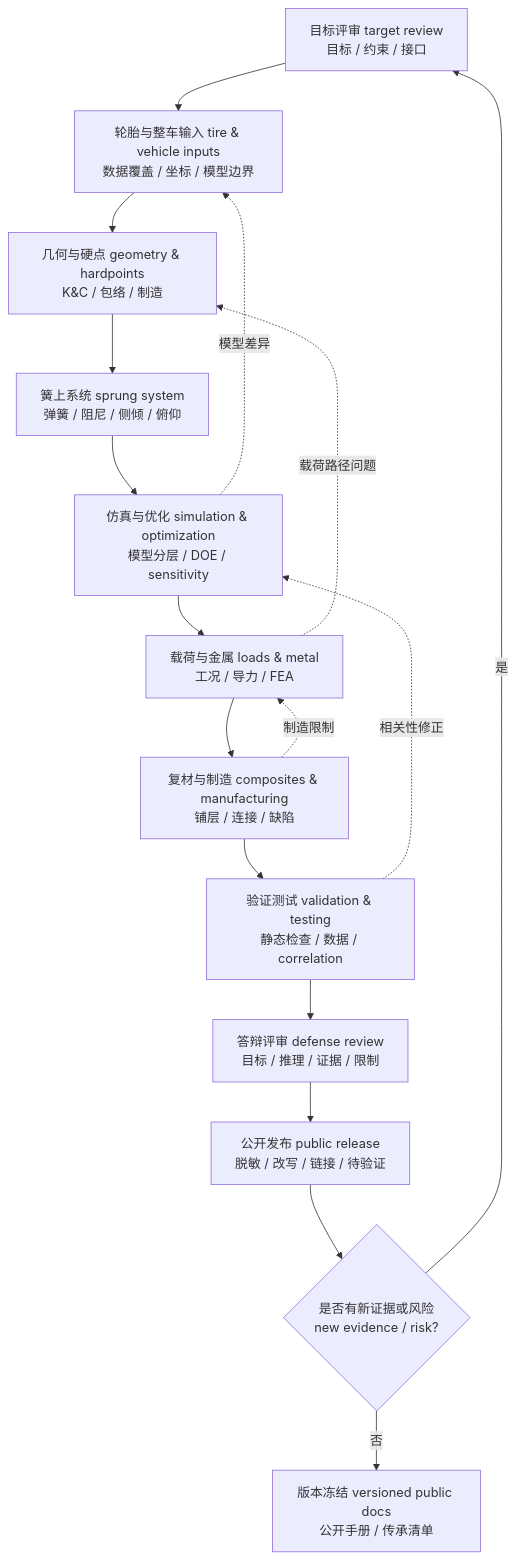
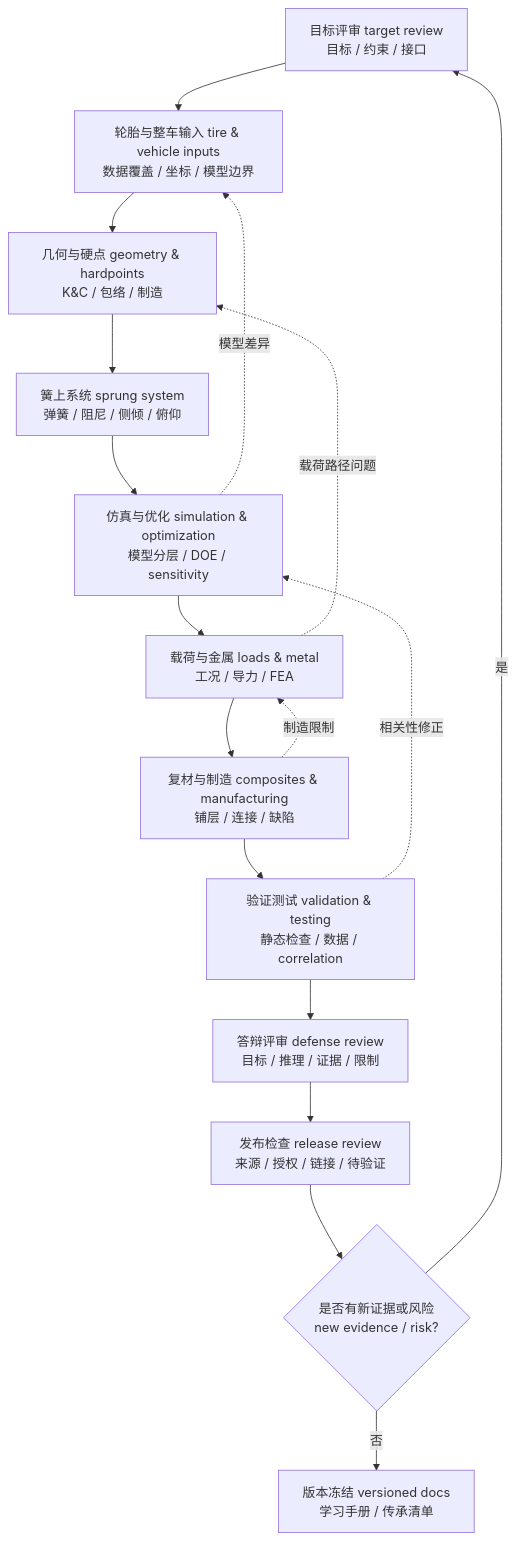
The diagram in docs/advanced/10-review-checklists.md (onebulletkick/suspension_opensource), drawn with Mermaid before and after one commit. The commit also changed other lines of this file and 40 other files, not shown here.

````diff
--- a/docs/advanced/10-review-checklists.md
+++ b/docs/advanced/10-review-checklists.md
@@ -117,19 +117,19 @@
 ```mermaid
 flowchart TD
   A["目标评审 target review<br>目标 / 约束 / 接口"] --> B["轮胎与整车输入 tire & vehicle inputs<br>数据覆盖 / 坐标 / 模型边界"]
   B --> C["几何与硬点 geometry & hardpoints<br>K&C / 包络 / 制造"]
   C --> D["簧上系统 sprung system<br>弹簧 / 阻尼 / 侧倾 / 俯仰"]
   D --> E["仿真与优化 simulation & optimization<br>模型分层 / DOE / sensitivity"]
   E --> F["载荷与金属 loads & metal<br>工况 / 导力 / FEA"]
   F --> G["复材与制造 composites & manufacturing<br>铺层 / 连接 / 缺陷"]
   G --> H["验证测试 validation & testing<br>静态检查 / 数据 / correlation"]
   H --> I["答辩评审 defense review<br>目标 / 推理 / 证据 / 限制"]
-  I --> J["公开发布 public release<br>脱敏 / 改写 / 链接 / 待验证"]
+  I --> J["发布检查 release review<br>来源 / 授权 / 链接 / 待验证"]
   J --> K{"是否有新证据或风险<br>new evidence / risk?"}
   K -- "是" --> A
-  K -- "否" --> L["版本冻结 versioned public docs<br>公开手册 / 传承清单"]
+  K -- "否" --> L["版本冻结 versioned docs<br>学习手册 / 传承清单"]
   E -. "模型差异" .-> B
   H -. "相关性修正" .-> E
   F -. "载荷路径问题" .-> C
   G -. "制造限制" .-> F
 ```
````
